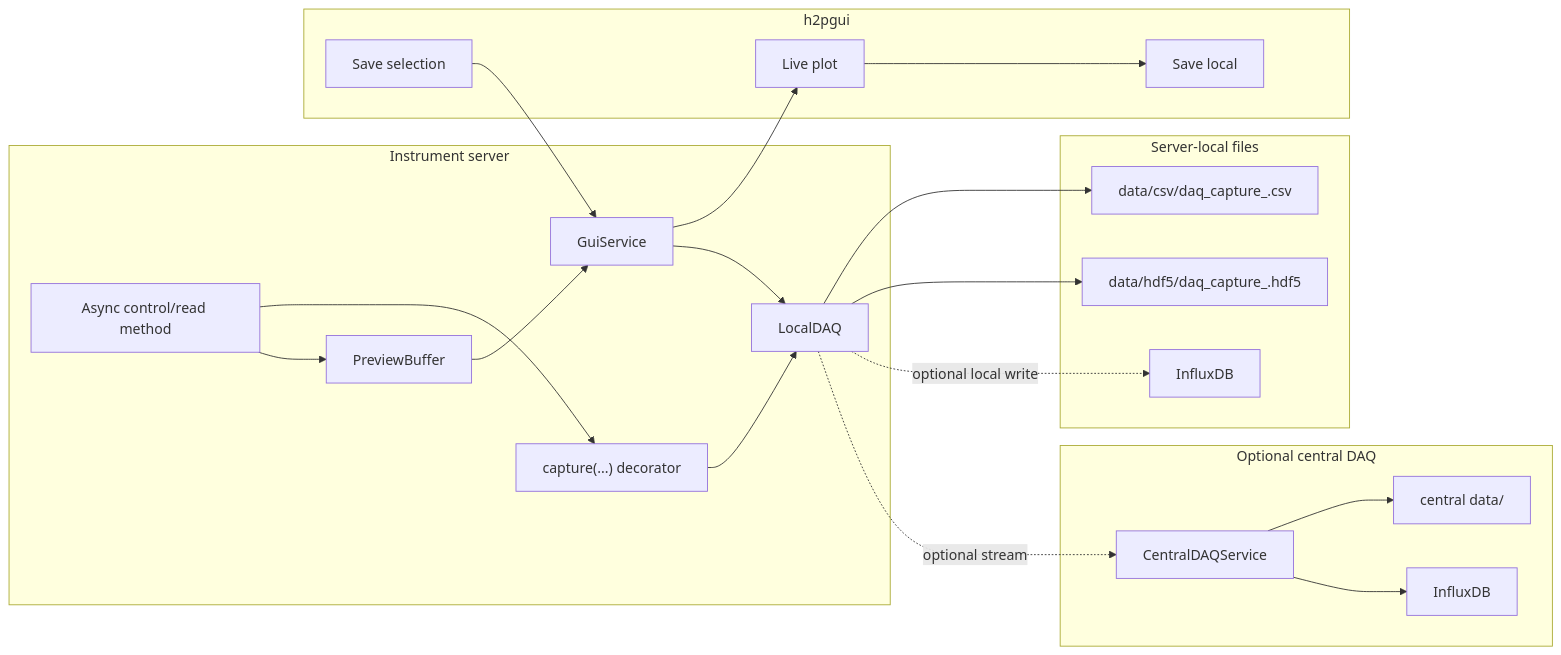
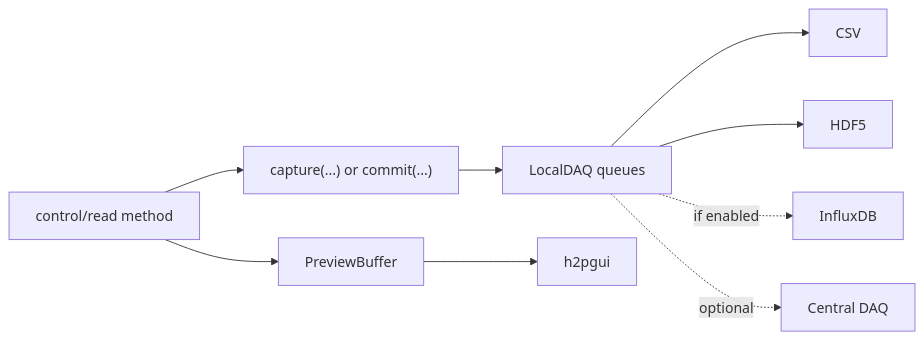
The diagram in README.md (iic201/h2pdaq), drawn with Mermaid before and after one commit. The commit also changed other lines of this file and 4 other files, not shown here.

Commit message:
pipeline: save format for influx and sync support for capture

````diff
--- a/README.md
+++ b/README.md
@@ -257,40 +204,11 @@
 ```mermaid
 flowchart LR
-    subgraph Server["Instrument server"]
-        Method["Async control/read method"]
-        Capture["capture(...) decorator"]
-        Preview["PreviewBuffer"]
-        GuiSvc["GuiService"]
-        Local["LocalDAQ"]
-    end
-
-    subgraph LocalFiles["Server-local files"]
-        CSV["data/csv/daq_capture_<run_id>.csv"]
-        HDF5["data/hdf5/daq_capture_<run_id>.hdf5"]
-        LocalInflux["InfluxDB"]
-    end
-
-    subgraph GUI["h2pgui"]
-        Plot["Live plot"]
-        LocalExport["Save local"]
-        RemoteSave["Save selection"]
-    end
-
-    subgraph Central["Optional central DAQ"]
-        CentralSvc["CentralDAQService"]
-        CentralFiles["central data/"]
-        Influx["InfluxDB"]
-    end
-
-    Method --> Capture --> Local
-    Method --> Preview --> GuiSvc
-    GuiSvc --> Plot
-    Plot --> LocalExport
-    RemoteSave --> GuiSvc --> Local
-    Local --> CSV
-    Local --> HDF5
-    Local -. optional local write .-> LocalInflux
-    Local -. optional stream .-> CentralSvc
-    CentralSvc --> CentralFiles
-    CentralSvc --> Influx
+    Method["control/read method"] --> Capture["capture(...) or commit(...)"]
+    Capture --> Local["LocalDAQ queues"]
+    Local --> CSV["CSV"]
+    Local --> HDF5["HDF5"]
+    Local -. if enabled .-> LocalInflux["InfluxDB"]
+    Local -. optional .-> Central["Central DAQ"]
+    Method --> Preview["PreviewBuffer"]
+    Preview --> GUI["h2pgui"]
 ```
````
